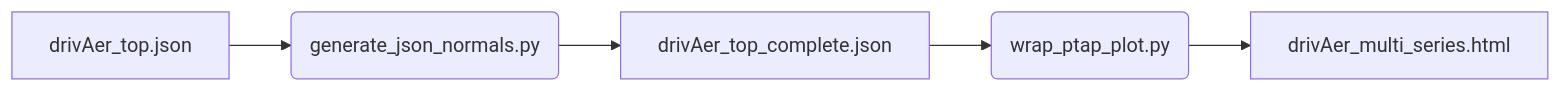
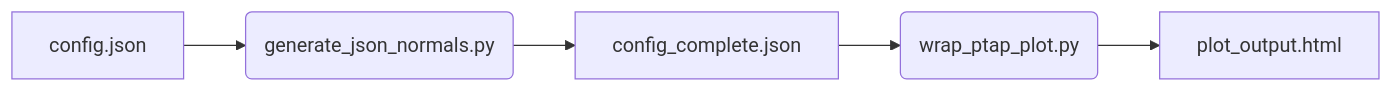
The diagram in README.md (PaulENorman/ptapplot), drawn with Mermaid before and after one commit. The commit also changed other lines of this file and 5 other files, not shown here.

````diff
--- a/README.md
+++ b/README.md
@@ -13,7 +20,7 @@
 ```mermaid
 graph LR
-    A[drivAer_top.json] --> B(generate_json_normals.py)
-    B --> C[drivAer_top_complete.json]
+    A[config.json] --> B(generate_json_normals.py)
+    B --> C[config_complete.json]
     C --> D(wrap_ptap_plot.py)
-    D --> E[drivAer_multi_series.html]
+    D --> E[plot_output.html]
 ```
````
